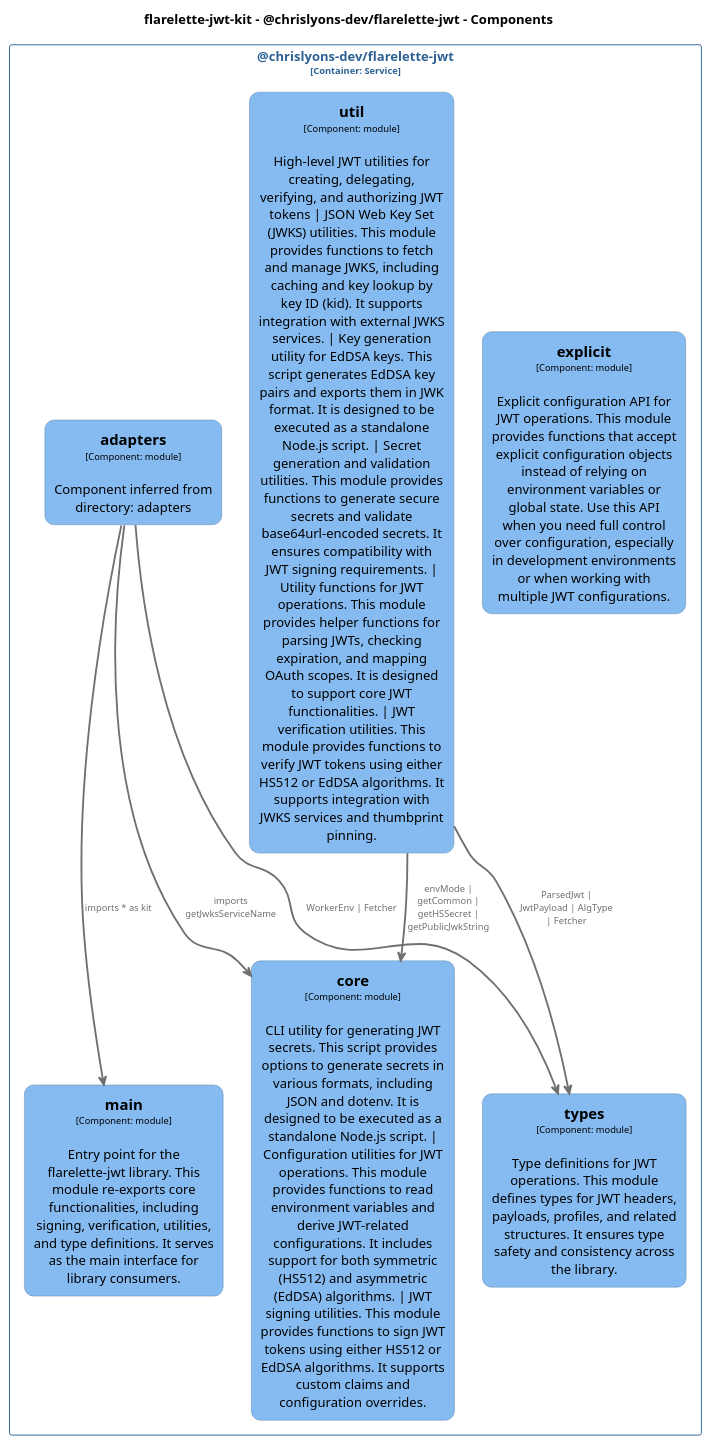
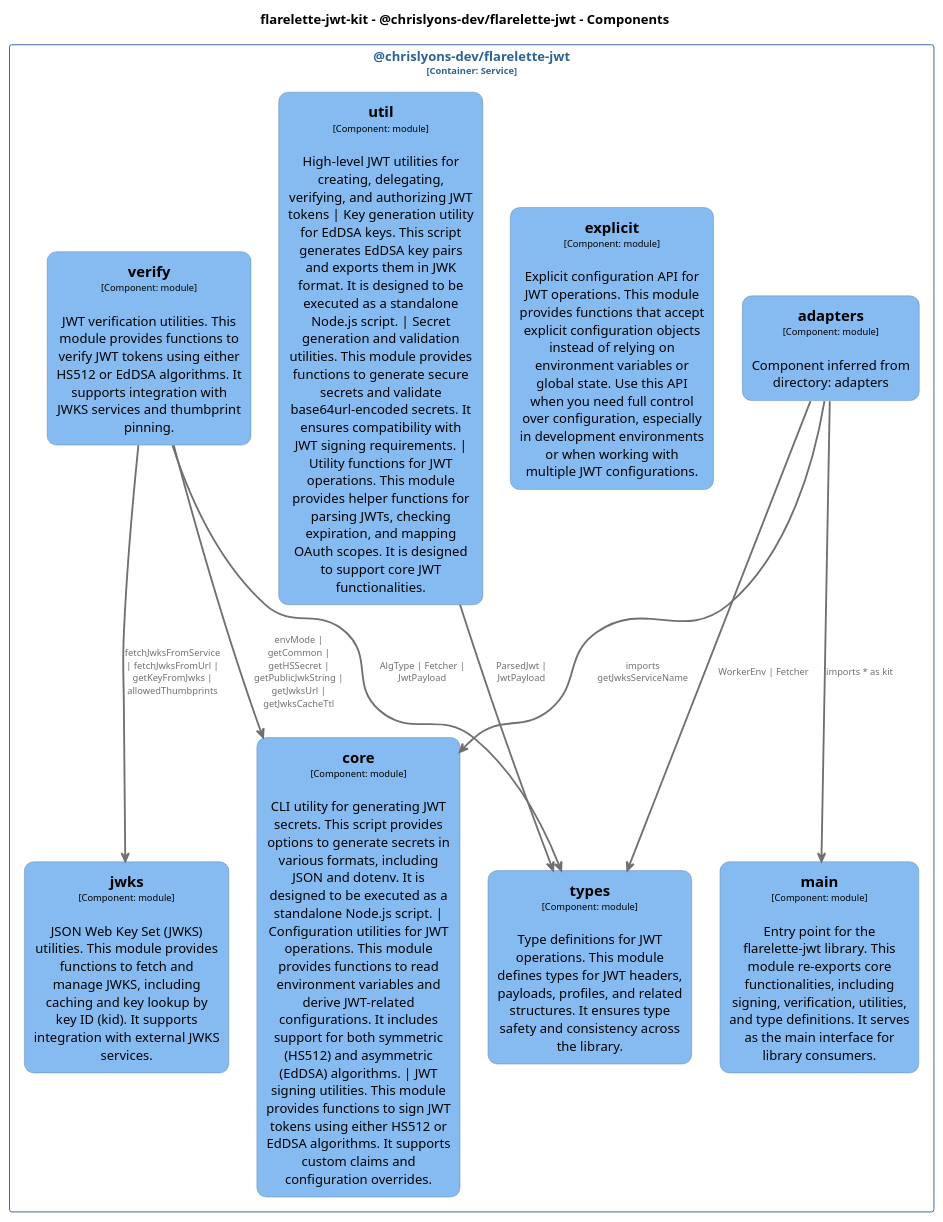
Before and after one commit to chrislyons-dev/flarelette-jwt-kit: the diagram in docs/architecture/diagrams/plantuml/structurizr-Components__chrislyons_dev_flarelette_jwt.puml, drawn with PlantUML. The commit also changed 60 other files, not shown here.

First line of the commit message:
feat: add JWKS support for dynamic key retrieval (#31)

```diff
--- a/docs/architecture/diagrams/plantuml/structurizr-Components__chrislyons_dev_flarelette_jwt.puml
+++ b/docs/architecture/diagrams/plantuml/structurizr-Components__chrislyons_dev_flarelette_jwt.puml
@@ -1,81 +1,99 @@
 @startuml
 set separator none
 title flarelette-jwt-kit - @chrislyons-dev/flarelette-jwt - Components
 
 top to bottom direction
 skinparam ranksep 60
 skinparam nodesep 30
 
 skinparam {
   arrowFontSize 10
   defaultTextAlignment center
   wrapWidth 200
   maxMessageSize 100
   defaultFontName "Arial"
 }
 
 hide stereotype
 
 skinparam rectangle<<flarelettejwtkit.chrislyonsdevflarelettejwt.adapters>> {
   BackgroundColor #85bbf0
   FontColor #000000
   BorderColor #5d82a8
   roundCorner 20
   shadowing false
 }
 skinparam rectangle<<flarelettejwtkit.chrislyonsdevflarelettejwt.core>> {
   BackgroundColor #85bbf0
   FontColor #000000
   BorderColor #5d82a8
   roundCorner 20
   shadowing false
 }
 skinparam rectangle<<flarelettejwtkit.chrislyonsdevflarelettejwt.explicit>> {
   BackgroundColor #85bbf0
   FontColor #000000
   BorderColor #5d82a8
   roundCorner 20
   shadowing false
 }
+skinparam rectangle<<flarelettejwtkit.chrislyonsdevflarelettejwt.jwks>> {
+  BackgroundColor #85bbf0
+  FontColor #000000
+  BorderColor #5d82a8
+  roundCorner 20
+  shadowing false
+}
 skinparam rectangle<<flarelettejwtkit.chrislyonsdevflarelettejwt.main>> {
   BackgroundColor #85bbf0
   FontColor #000000
   BorderColor #5d82a8
   roundCorner 20
   shadowing false
 }
 skinparam rectangle<<flarelettejwtkit.chrislyonsdevflarelettejwt.types>> {
   BackgroundColor #85bbf0
   FontColor #000000
   BorderColor #5d82a8
   roundCorner 20
   shadowing false
 }
 skinparam rectangle<<flarelettejwtkit.chrislyonsdevflarelettejwt.util>> {
   BackgroundColor #85bbf0
   FontColor #000000
   BorderColor #5d82a8
   roundCorner 20
   shadowing false
 }
+skinparam rectangle<<flarelettejwtkit.chrislyonsdevflarelettejwt.verify>> {
+  BackgroundColor #85bbf0
+  FontColor #000000
+  BorderColor #5d82a8
+  roundCorner 20
+  shadowing false
+}
 skinparam rectangle<<flarelettejwtkit.chrislyonsdevflarelettejwt>> {
   BorderColor #2e6295
   FontColor #2e6295
   shadowing false
 }
 
 rectangle "@chrislyons-dev/flarelette-jwt\n<size:10>[Container: Service]</size>" <<flarelettejwtkit.chrislyonsdevflarelettejwt>> {
+  rectangle "==adapters\n<size:10>[Component: module]</size>\n\nComponent inferred from directory: adapters" <<flarelettejwtkit.chrislyonsdevflarelettejwt.adapters>> as flarelettejwtkit.chrislyonsdevflarelettejwt.adapters
   rectangle "==core\n<size:10>[Component: module]</size>\n\nCLI utility for generating JWT secrets. This script provides options to generate secrets in various formats, including JSON and dotenv. It is designed to be executed as a standalone Node.js script. | Configuration utilities for JWT operations. This module provides functions to read environment variables and derive JWT-related configurations. It includes support for both symmetric (HS512) and asymmetric (EdDSA) algorithms. | JWT signing utilities. This module provides functions to sign JWT tokens using either HS512 or EdDSA algorithms. It supports custom claims and configuration overrides." <<flarelettejwtkit.chrislyonsdevflarelettejwt.core>> as flarelettejwtkit.chrislyonsdevflarelettejwt.core
   rectangle "==explicit\n<size:10>[Component: module]</size>\n\nExplicit configuration API for JWT operations. This module provides functions that accept explicit configuration objects instead of relying on environment variables or global state. Use this API when you need full control over configuration, especially in development environments or when working with multiple JWT configurations." <<flarelettejwtkit.chrislyonsdevflarelettejwt.explicit>> as flarelettejwtkit.chrislyonsdevflarelettejwt.explicit
-  rectangle "==util\n<size:10>[Component: module]</size>\n\nHigh-level JWT utilities for creating, delegating, verifying, and authorizing JWT tokens | JSON Web Key Set (JWKS) utilities. This module provides functions to fetch and manage JWKS, including caching and key lookup by key ID (kid). It supports integration with external JWKS services. | Key generation utility for EdDSA keys. This script generates EdDSA key pairs and exports them in JWK format. It is designed to be executed as a standalone Node.js script. | Secret generation and validation utilities. This module provides functions to generate secure secrets and validate base64url-encoded secrets. It ensures compatibility with JWT signing requirements. | Utility functions for JWT operations. This module provides helper functions for parsing JWTs, checking expiration, and mapping OAuth scopes. It is designed to support core JWT functionalities. | JWT verification utilities. This module provides functions to verify JWT tokens using either HS512 or EdDSA algorithms. It supports integration with JWKS services and thumbprint pinning." <<flarelettejwtkit.chrislyonsdevflarelettejwt.util>> as flarelettejwtkit.chrislyonsdevflarelettejwt.util
+  rectangle "==util\n<size:10>[Component: module]</size>\n\nHigh-level JWT utilities for creating, delegating, verifying, and authorizing JWT tokens | Key generation utility for EdDSA keys. This script generates EdDSA key pairs and exports them in JWK format. It is designed to be executed as a standalone Node.js script. | Secret generation and validation utilities. This module provides functions to generate secure secrets and validate base64url-encoded secrets. It ensures compatibility with JWT signing requirements. | Utility functions for JWT operations. This module provides helper functions for parsing JWTs, checking expiration, and mapping OAuth scopes. It is designed to support core JWT functionalities." <<flarelettejwtkit.chrislyonsdevflarelettejwt.util>> as flarelettejwtkit.chrislyonsdevflarelettejwt.util
   rectangle "==main\n<size:10>[Component: module]</size>\n\nEntry point for the flarelette-jwt library. This module re-exports core functionalities, including signing, verification, utilities, and type definitions. It serves as the main interface for library consumers." <<flarelettejwtkit.chrislyonsdevflarelettejwt.main>> as flarelettejwtkit.chrislyonsdevflarelettejwt.main
+  rectangle "==jwks\n<size:10>[Component: module]</size>\n\nJSON Web Key Set (JWKS) utilities. This module provides functions to fetch and manage JWKS, including caching and key lookup by key ID (kid). It supports integration with external JWKS services." <<flarelettejwtkit.chrislyonsdevflarelettejwt.jwks>> as flarelettejwtkit.chrislyonsdevflarelettejwt.jwks
   rectangle "==types\n<size:10>[Component: module]</size>\n\nType definitions for JWT operations. This module defines types for JWT headers, payloads, profiles, and related structures. It ensures type safety and consistency across the library." <<flarelettejwtkit.chrislyonsdevflarelettejwt.types>> as flarelettejwtkit.chrislyonsdevflarelettejwt.types
-  rectangle "==adapters\n<size:10>[Component: module]</size>\n\nComponent inferred from directory: adapters" <<flarelettejwtkit.chrislyonsdevflarelettejwt.adapters>> as flarelettejwtkit.chrislyonsdevflarelettejwt.adapters
+  rectangle "==verify\n<size:10>[Component: module]</size>\n\nJWT verification utilities. This module provides functions to verify JWT tokens using either HS512 or EdDSA algorithms. It supports integration with JWKS services and thumbprint pinning." <<flarelettejwtkit.chrislyonsdevflarelettejwt.verify>> as flarelettejwtkit.chrislyonsdevflarelettejwt.verify
 }
 
-flarelettejwtkit.chrislyonsdevflarelettejwt.util -[#707070,thickness=2]-> flarelettejwtkit.chrislyonsdevflarelettejwt.types : "<color:#707070>ParsedJwt | JwtPayload | AlgType | Fetcher"
-flarelettejwtkit.chrislyonsdevflarelettejwt.util -[#707070,thickness=2]-> flarelettejwtkit.chrislyonsdevflarelettejwt.core : "<color:#707070>envMode | getCommon | getHSSecret | getPublicJwkString"
+flarelettejwtkit.chrislyonsdevflarelettejwt.util -[#707070,thickness=2]-> flarelettejwtkit.chrislyonsdevflarelettejwt.types : "<color:#707070>ParsedJwt | JwtPayload"
+flarelettejwtkit.chrislyonsdevflarelettejwt.verify -[#707070,thickness=2]-> flarelettejwtkit.chrislyonsdevflarelettejwt.core : "<color:#707070>envMode | getCommon | getHSSecret | getPublicJwkString | getJwksUrl | getJwksCacheTtl"
+flarelettejwtkit.chrislyonsdevflarelettejwt.verify -[#707070,thickness=2]-> flarelettejwtkit.chrislyonsdevflarelettejwt.jwks : "<color:#707070>fetchJwksFromService | fetchJwksFromUrl | getKeyFromJwks | allowedThumbprints"
+flarelettejwtkit.chrislyonsdevflarelettejwt.verify -[#707070,thickness=2]-> flarelettejwtkit.chrislyonsdevflarelettejwt.types : "<color:#707070>AlgType | Fetcher | JwtPayload"
 flarelettejwtkit.chrislyonsdevflarelettejwt.adapters -[#707070,thickness=2]-> flarelettejwtkit.chrislyonsdevflarelettejwt.main : "<color:#707070>imports * as kit"
 flarelettejwtkit.chrislyonsdevflarelettejwt.adapters -[#707070,thickness=2]-> flarelettejwtkit.chrislyonsdevflarelettejwt.core : "<color:#707070>imports getJwksServiceName"
 flarelettejwtkit.chrislyonsdevflarelettejwt.adapters -[#707070,thickness=2]-> flarelettejwtkit.chrislyonsdevflarelettejwt.types : "<color:#707070>WorkerEnv | Fetcher"
 @enduml
```
